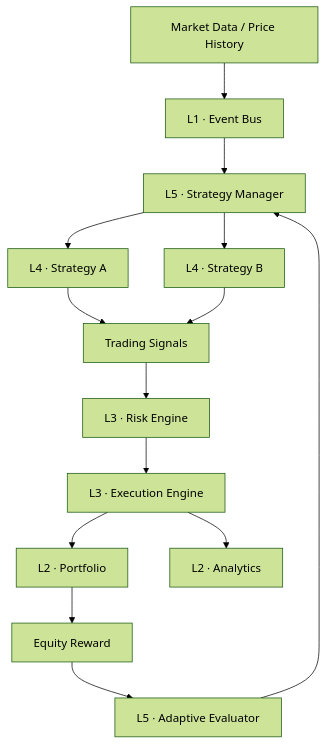
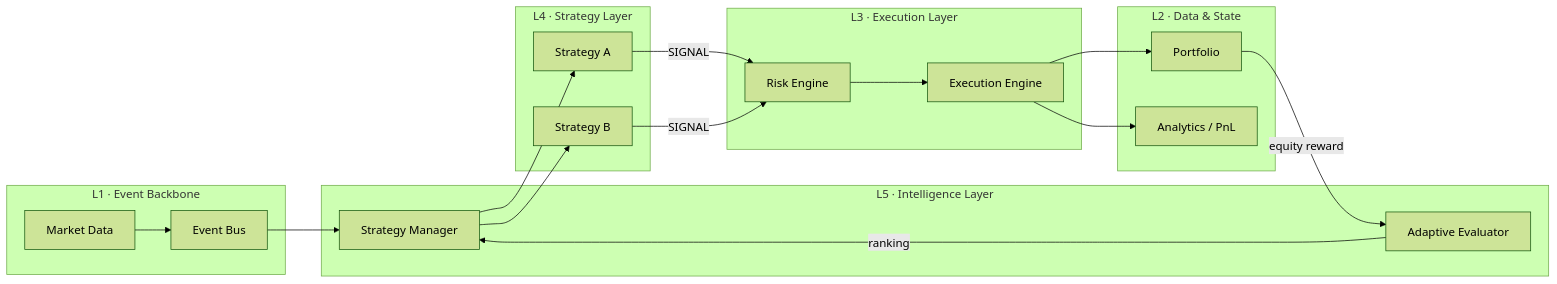
The diagram in README.md (T9lol/nexo), drawn with Mermaid (forest theme) before and after one commit. The commit also changed other lines of this file, not shown here.

````diff
--- a/README.md
+++ b/README.md
@@ -16,16 +51,35 @@
 ```mermaid
-flowchart TD
-    MD["Market Data / Price History"] --> EB["L1 · Event Bus"]
-    EB --> SM["L5 · Strategy Manager"]
-    SM --> SA["L4 · Strategy A"]
-    SM --> SB["L4 · Strategy B"]
-    SA --> SIG["Trading Signals"]
-    SB --> SIG
-    SIG --> RISK["L3 · Risk Engine"]
-    RISK --> EXEC["L3 · Execution Engine"]
-    EXEC --> PORT["L2 · Portfolio"]
-    EXEC --> ANA["L2 · Analytics"]
-    PORT --> REWARD["Equity Reward"]
-    REWARD --> EVAL["L5 · Adaptive Evaluator"]
-    EVAL --> SM
+flowchart LR
+    subgraph L1["L1 · Event Backbone"]
+        MD["Market Data"] --> EB["Event Bus"]
+    end
+
+    subgraph L4["L4 · Strategy Layer"]
+        SA["Strategy A"]
+        SB["Strategy B"]
+    end
+
+    subgraph L5["L5 · Intelligence Layer"]
+        SM["Strategy Manager"]
+        EV["Adaptive Evaluator"]
+    end
+
+    subgraph L3["L3 · Execution Layer"]
+        RK["Risk Engine"] --> EX["Execution Engine"]
+    end
+
+    subgraph L2["L2 · Data & State"]
+        PF["Portfolio"]
+        AN["Analytics / PnL"]
+    end
+
+    EB --> SM
+    SM --> SA
+    SM --> SB
+    SA -->|SIGNAL| RK
+    SB -->|SIGNAL| RK
+    EX --> PF
+    EX --> AN
+    PF -->|equity reward| EV
+    EV -->|ranking| SM
 ```
````
